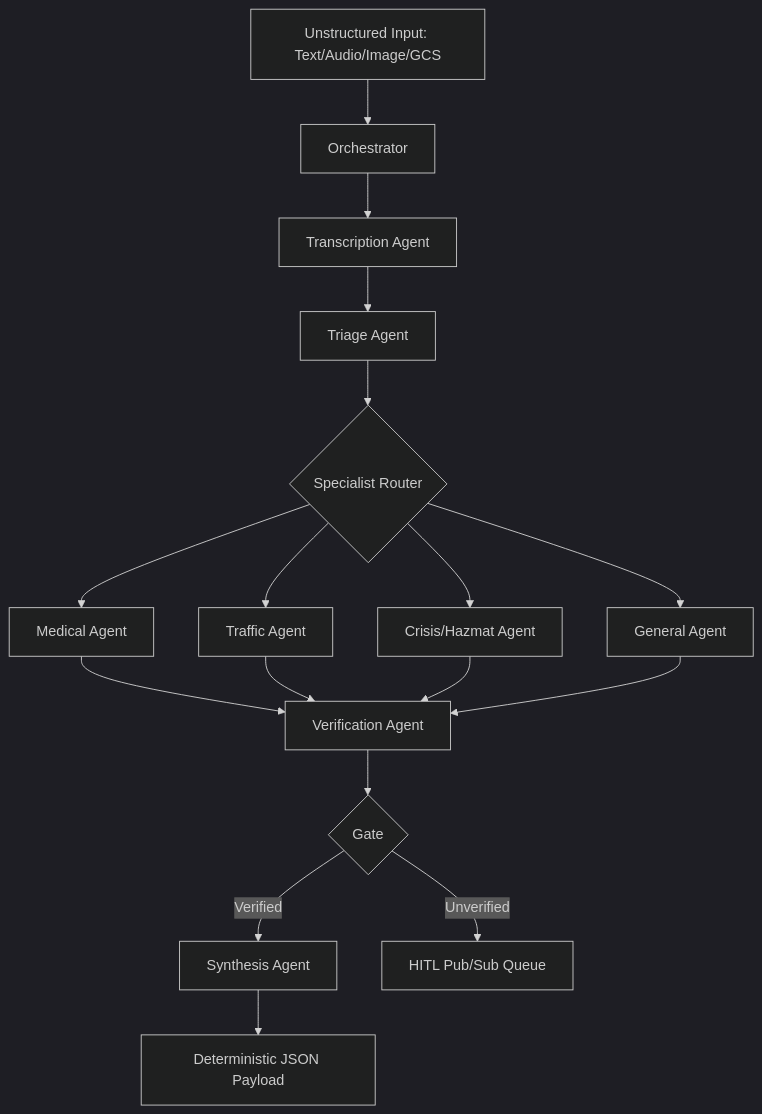
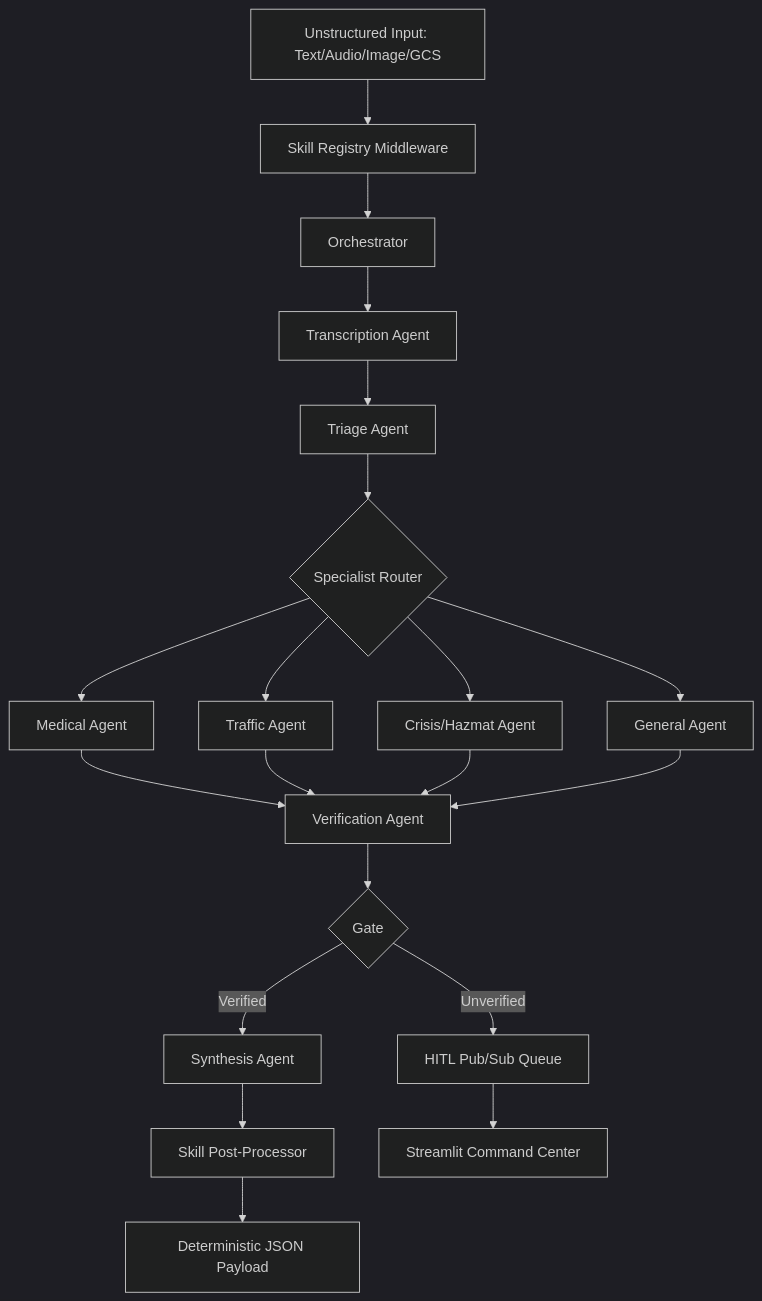
Before and after one commit to sivasubramanian86/prompt-wars-challenge-2026: the diagram in ARCHITECTURE.md, drawn with Mermaid (dark theme). The commit also changed other lines of this file and 3 other files, not shown here.

Commit message:
docs: upate README, ARCHITECTURE, TECH_STACK, and add DEMO_SCRIPT

````diff
--- a/ARCHITECTURE.md
+++ b/ARCHITECTURE.md
@@ -8,16 +8,19 @@
 ```mermaid
 graph TD
-    A[Unstructured Input: Text/Audio/Image/GCS] --> B[Orchestrator]
+    A[Unstructured Input: Text/Audio/Image/GCS] --> S[Skill Registry Middleware]
+    S --> B[Orchestrator]
     B --> C[Transcription Agent]
     C --> D[Triage Agent]
     D --> E{Specialist Router}
     E --> F1[Medical Agent]
     E --> F2[Traffic Agent]
     E --> F3[Crisis/Hazmat Agent]
     E --> F4[General Agent]
     F1 & F2 & F3 & F4 --> G[Verification Agent]
     G --> H{Gate}
     H -- Verified --> I[Synthesis Agent]
+    I --> S_Post[Skill Post-Processor]
+    S_Post --> K[Deterministic JSON Payload]
     H -- Unverified --> J[HITL Pub/Sub Queue]
-    I --> K[Deterministic JSON Payload]
+    J --> L[Streamlit Command Center]
 ```
````
